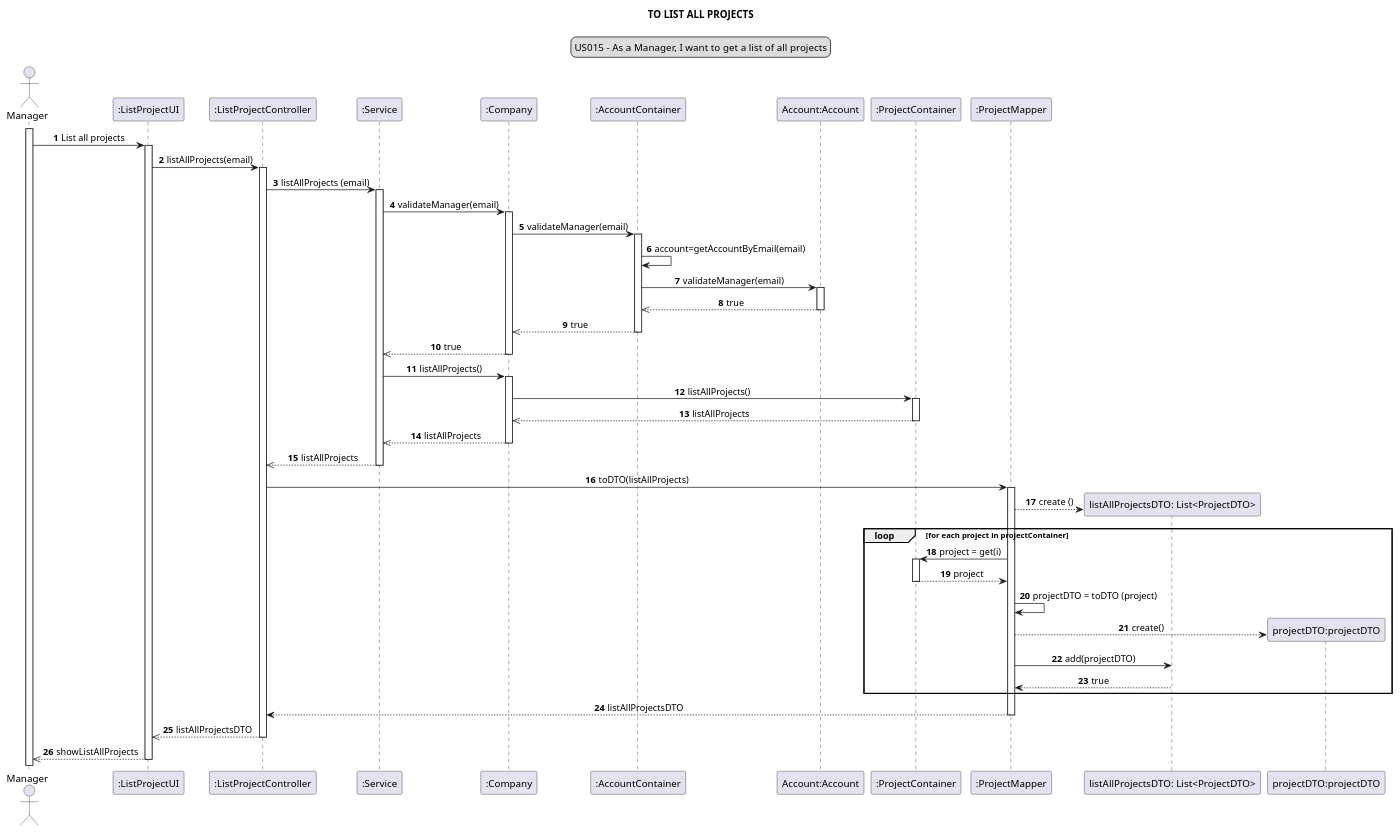
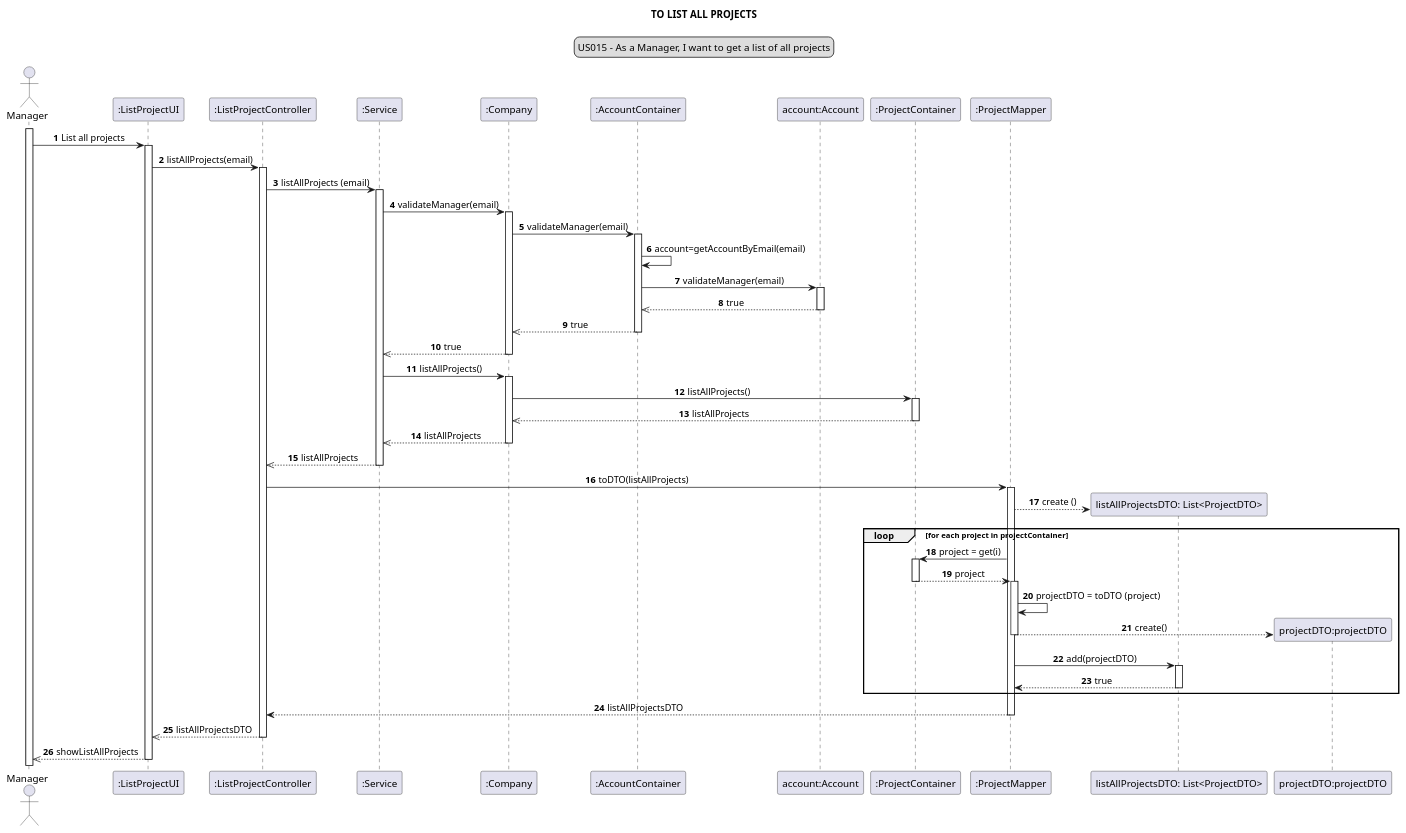
One commit to Loracline/project_switch_22-23 changed the diagram in docs/modelling_design/user_stories/us015/US015_sequenceDiagram.puml. Above: the diagram before and after it, drawn with PlantUML. The commit also changed 3 other files, not shown here.

Commit message:
US 015: refactor classDiagram and sequenceDiagram

```diff
--- a/docs/modelling_design/user_stories/us015/US015_sequenceDiagram.puml
+++ b/docs/modelling_design/user_stories/us015/US015_sequenceDiagram.puml
@@ -1,71 +1,75 @@
 @startuml
 skinparam sequenceMessageAlign center
 title TO LIST ALL PROJECTS
 legend top
 US015 - As a Manager, I want to get a list of all projects
 end legend
 autonumber
 actor Manager
 participant ":ListProjectUI" as ui
 participant ":ListProjectController" as controller
 participant ":Service" as ser
 participant ":Company" as company
 participant ":AccountContainer" as ac
-participant "Account:Account" as a
+participant "account:Account" as a
 participant ":ProjectContainer" as container
 participant ":ProjectMapper" as mapper
 participant "listAllProjectsDTO: List<ProjectDTO>" as list
 participant "projectDTO:projectDTO" as DTO
 
 activate Manager
 Manager -> ui: List all projects
 activate ui
 ui -> controller: listAllProjects(email)
 activate controller
 controller -> ser: listAllProjects (email)
 activate ser
  ser -> company: validateManager(email)
  activate company
  company -> ac: validateManager(email)
   activate ac
  ac -> ac: account=getAccountByEmail(email)
  ac -> a: validateManager(email)
  activate a
  a -->> ac: true
  deactivate a
  ac -->> company: true
  deactivate ac
  company -->> ser: true
  deactivate company
 ser -> company: listAllProjects()
 activate company
 company -> container: listAllProjects()
 activate container
 container -->> company: listAllProjects
 deactivate container
 company -->> ser: listAllProjects
 deactivate company
 ser -->> controller: listAllProjects
 deactivate ser
 controller -> mapper: toDTO(listAllProjects)
 activate mapper
 create list
 mapper --> list: create ()
 loop for each project in projectContainer
 mapper -> container: project = get(i)
 activate container
 container --> mapper: project
 deactivate container
+activate mapper
 mapper -> mapper : projectDTO = toDTO (project)
 create DTO
 mapper --> DTO : create()
+deactivate mapper
 mapper ->list :add(projectDTO)
+activate list
 list --> mapper : true
+deactivate list
 end loop
 mapper --> controller :listAllProjectsDTO
 deactivate mapper
 controller -->> ui: listAllProjectsDTO
 deactivate controller
 ui -->>Manager: showListAllProjects
 deactivate ui
 @enduml
```
